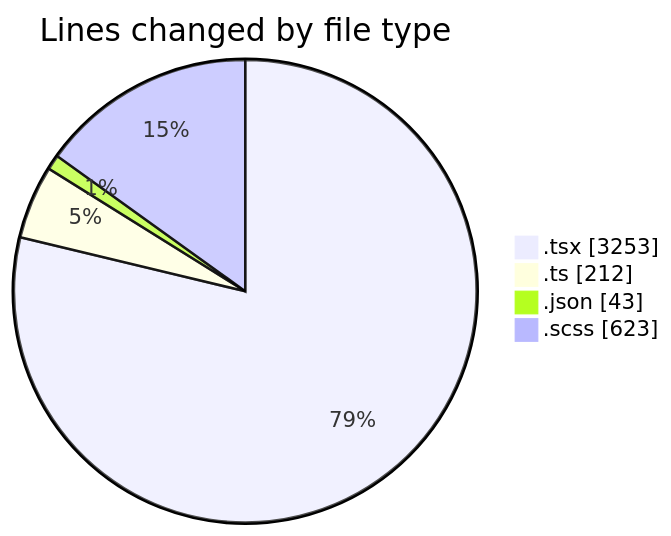
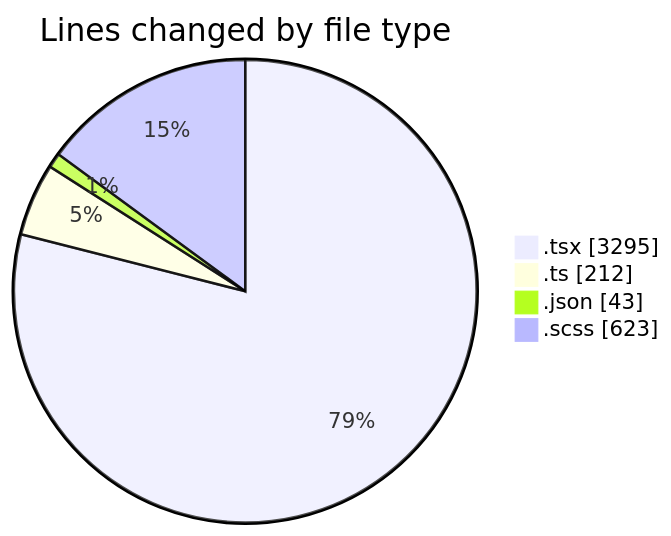
Before and after one commit to momahboobian/code-tracking: the first of 2 diagrams in 2025-09-23/cda/README.md, drawn with Mermaid. The commit also changed other lines of this file and 1 other file, not shown here.

````diff
--- a/2025-09-23/cda/README.md
+++ b/2025-09-23/cda/README.md
@@ -31,8 +31,8 @@
 ```mermaid
 pie showData
 title Lines changed by file type
-".tsx" : 3253
+".tsx" : 3295
 ".ts" : 212
 ".json" : 43
 ".scss" : 623
 ```
````
